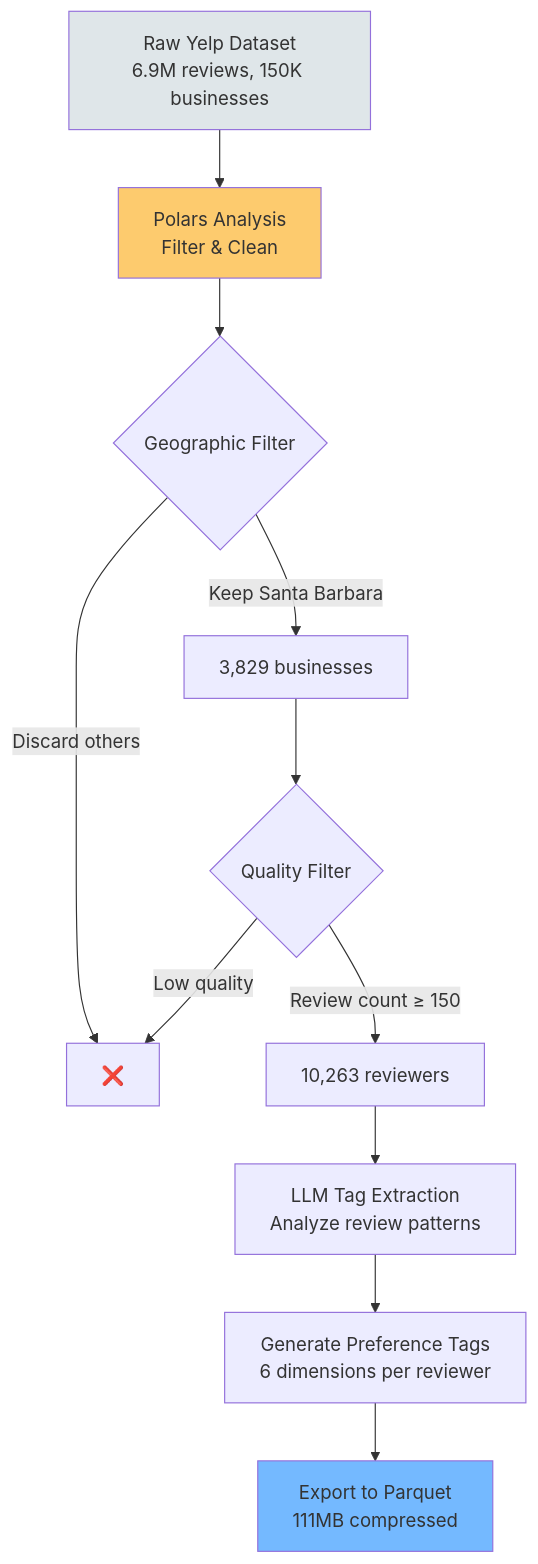
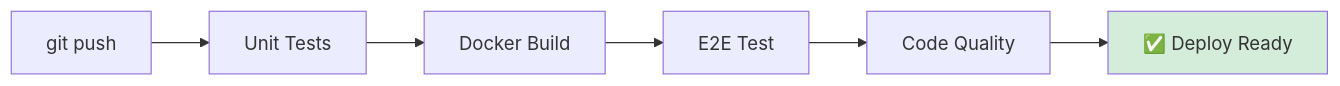
Before and after one commit to Vihaan8/final_project: the ninth of 9 diagrams in README.md, drawn with Mermaid. The commit also changed other lines of this file, not shown here.

First line of the commit message:
Complete README rewrite: Comprehensive data architecture documentation

````diff
--- a/README.md
+++ b/README.md
@@ -1324,19 +1166,10 @@
 ```mermaid
-graph TD
-    A[Raw Yelp Dataset<br/>6.9M reviews, 150K businesses] --> B[Polars Analysis<br/>Filter & Clean]
-    B --> C{Geographic Filter}
-    C -->|Keep Santa Barbara| D[3,829 businesses]
-    C -->|Discard others| X[❌]
+graph LR
+    A[git push] --> B[Unit Tests]
+    B --> C[Docker Build]
+    C --> D[E2E Test]
+    D --> E[Code Quality]
+    E --> F[✅ Deploy Ready]
     
-    D --> E{Quality Filter}
-    E -->|Review count ≥ 150| F[10,263 reviewers]
-    E -->|Low quality| X
-    
-    F --> G[LLM Tag Extraction<br/>Analyze review patterns]
-    G --> H[Generate Preference Tags<br/>6 dimensions per reviewer]
-    H --> I[Export to Parquet<br/>111MB compressed]
-    
-    style A fill:#dfe6e9
-    style B fill:#fdcb6e
-    style I fill:#74b9ff
+    style F fill:#d4edda
 ```
````
